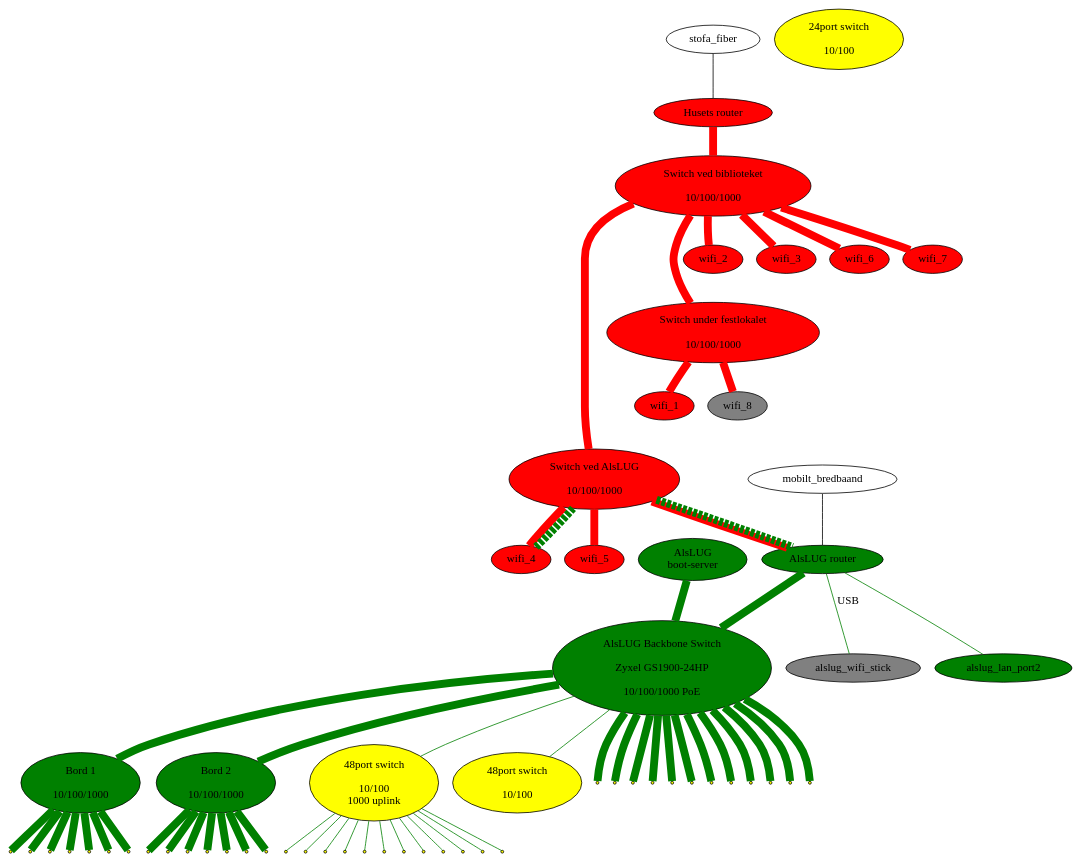
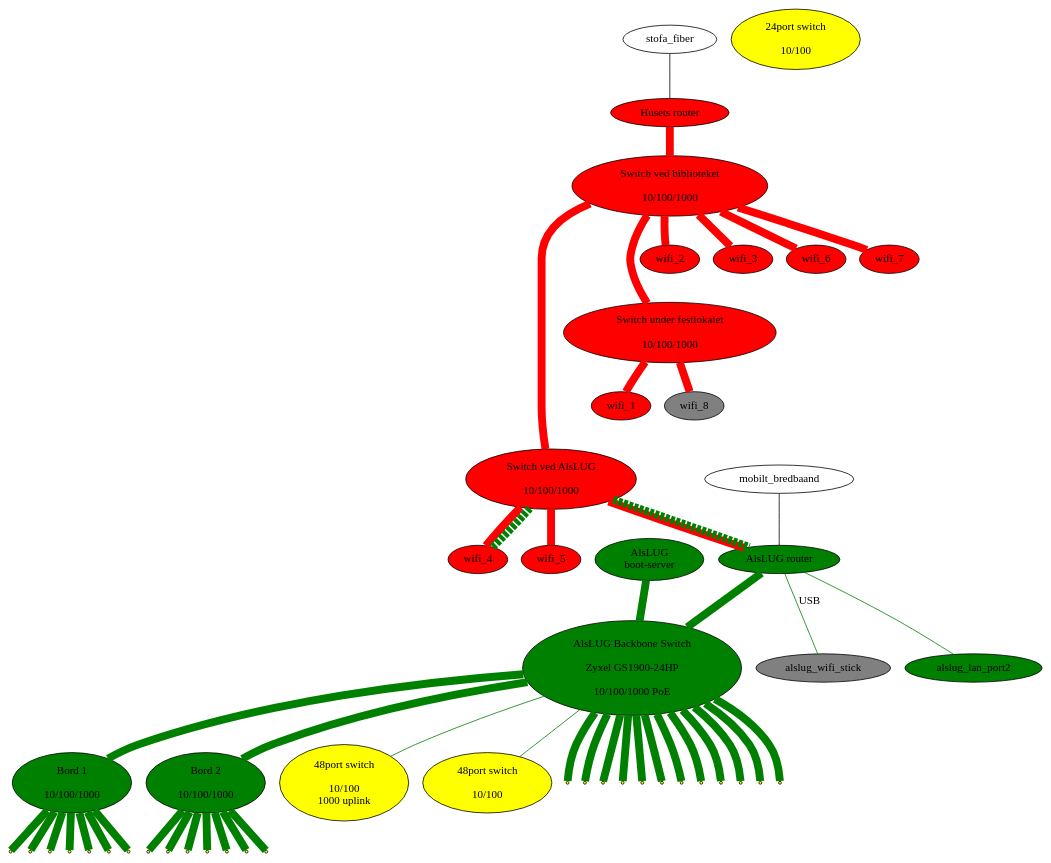
The diagram in projekter/network.dot (alslug/alslug.dk), drawn with Graphviz before and after one commit.

```diff
--- a/projekter/network.dot
+++ b/projekter/network.dot
@@ -1,75 +1,70 @@
 digraph xxx {
 #  link_12a [ shape=point ];
 #  link_12b [ shape=point ];
 #  link_12c [ shape=point ];
   edge [ dir=none penwidth=10 ];
 
   node [ style=filled fillcolor=red ];
   husets_router [ label="Husets router" ];
   husets_switch_1 [ label="Switch ved biblioteket\n\n 10/100/1000" ];
   husets_switch_2 [ label="Switch ved AlsLUG\n\n 10/100/1000" ];
   festlokale_switch [ label="Switch under festlokalet\n\n 10/100/1000" ];
   wifi_1 wifi_2 wifi_3 wifi_4 wifi_5 wifi_6 wifi_7;
   wifi_8 [ fillcolor=gray ];
   
   node [ style=filled fillcolor=green ];
   alslug_router [ label="AlsLUG router" ];
   alslug_gl_bootserver [ label="AlsLUG\nboot-server" ];
   alslug_backbone_switch [ label="AlsLUG Backbone Switch\n\nZyxel GS1900-24HP\n\n10/100/1000 PoE"];
   bord_1 [ label="Bord 1\n\n10/100/1000"];
   bord_2 [ label="Bord 2\n\n10/100/1000"];
   alslug_wifi_stick alslug_lan_port2;
   
   // Udstyr som pt ikke bruges
   node [ style=filled fillcolor=yellow ];
   switch_24p      [ label="24port switch\n\n10/100"];
   switch_48p      [ label="48port switch\n\n10/100\n1000 uplink"];
   switch_48p_poe  [ label="48port switch\n\n10/100"];
   
   node [ style=normal ];
   // Internet forbindelser
   stofa_fiber      -> husets_router [ penwidth=1 fillcolor=black style=filled ];
   mobilt_bredbaand -> alslug_router [ penwidth=1 fillcolor=black style=filled ];
   
   // Husets forbindelser
   edge  [ color=red style=solid ];
   husets_router -> husets_switch_1 -> { wifi_2 wifi_3 wifi_6 wifi_7 };
   husets_switch_1 -> husets_switch_2 -> { wifi_4 wifi_5 alslug_router};
   husets_switch_1 -> festlokale_switch -> { wifi_1 wifi_8 };
 
   // VLAN forbindelser over bakkensbros netværk
   edge  [ color=green style=dashed ];
   husets_switch_2 -> { alslug_router wifi_4 };
 
   alslug_wifi_stick [ fillcolor=gray style=filled ];
 
   // Interne forbindelser
   edge [ color=green style=solid ];
   node [ shape=point ];
   {alslug_router alslug_gl_bootserver} -> alslug_backbone_switch -> { bord_1 bord_2 
                   vindue_left_12  vindue_left_11  vindue_left_10  vindue_left_9
                   vindue_center_8 vindue_center_7 vindue_center_6 vindue_center_5
                   vindue_right_4  vindue_right_3  vindue_right_2  vindue_right_1
                   }
  
   alslug_router -> alslug_wifi_stick [ penwidth=1 label="USB" ];
   alslug_router -> alslug_lan_port2 [ penwidth=1 ];
   alslug_backbone_switch -> {switch_48p_poe switch_48p} [ penwidth=1 ];
   
   bord_1 -> {
                   bord_1_1 bord_1_2 bord_1_3 bord_1_4
                   bord_1_5 bord_1_6 bord_1_7
                 };
   bord_2 -> {
                   bord_2_1 bord_2_2 bord_2_3 bord_2_4
                   bord_2_5 bord_2_6 bord_2_7
                 };
-  switch_48p -> {
-                  switch_48p_1 switch_48p_2 switch_48p_3 switch_48p_4
-                  switch_48p_5 switch_48p_6 switch_48p_7 switch_48p_8
-                  switch_48p_9 switch_48p_10 switch_48p_11 switch_48p_12
-                } [ penwidth=1 ];
-  
+                
   edge [ color=invis ];
   husets_switch_1 -> wifi_2 -> festlokale_switch -> wifi_1 -> husets_switch_2;
 }
```
